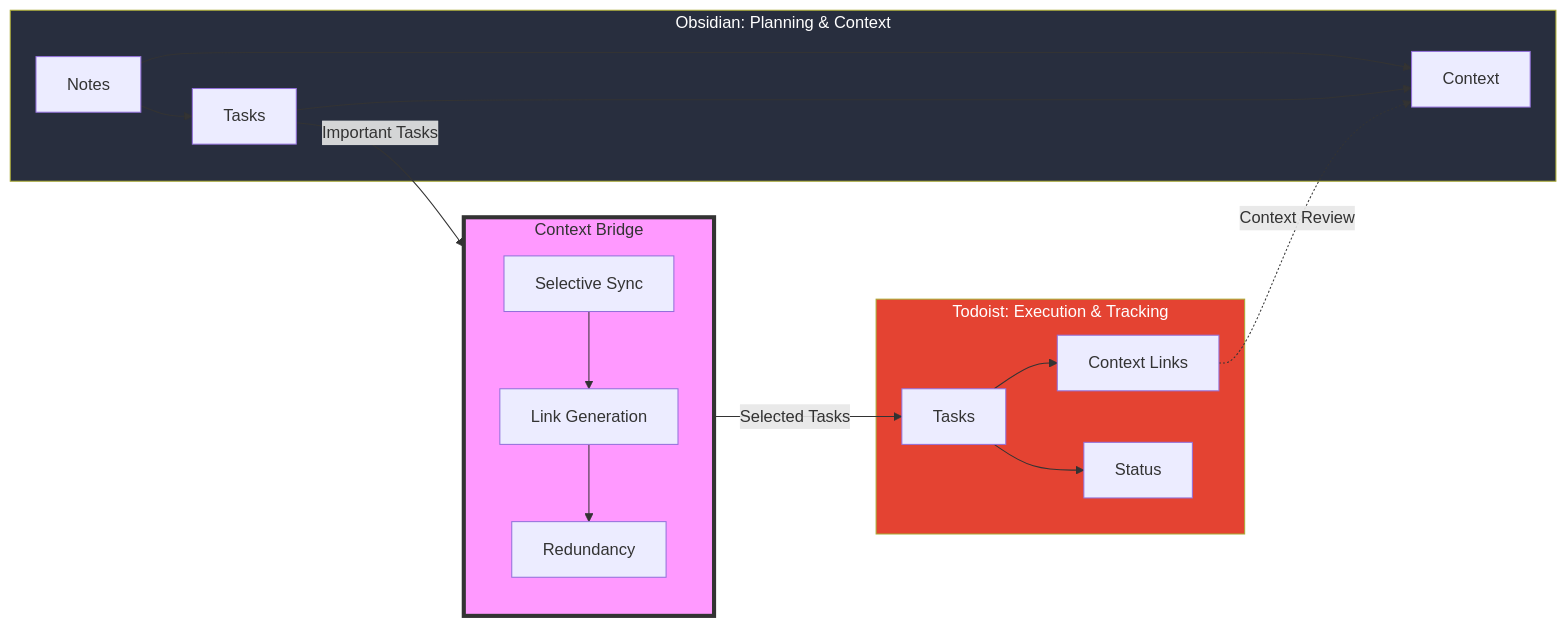
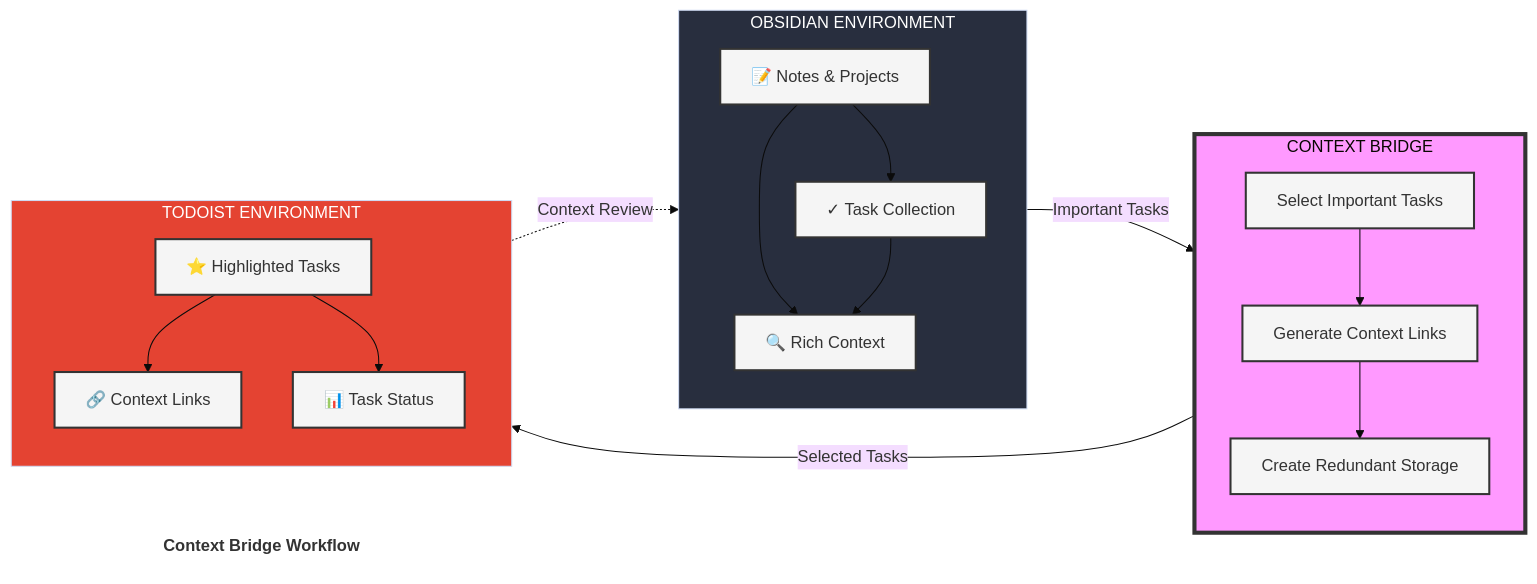
Before and after one commit to wenlzhang/obsidian-todoist-context-bridge: the diagram in README.md, drawn with Mermaid.

````diff
--- a/README.md
+++ b/README.md
@@ -100,36 +100,51 @@
 ```mermaid
+%%{init: {'theme': 'base', 'themeVariables': { 'fontSize': '16px', 'fontFamily': 'arial' }}}%%
 graph LR
-    subgraph Obsidian[Obsidian: Planning & Context]
-        N[Notes]
-        T[Tasks]
-        C[Context]
-        N --> T
-        N --> C
-        T --> C
+    classDef systemLabel fill:none,stroke:none,color:#666,font-style:italic,font-size:14px
+    classDef bigLabel fill:none,stroke:none,color:#333,font-size:16px,font-weight:bold
+    classDef boxStyle fill:#f5f5f5,stroke:#333,stroke-width:2px
+    
+    Title[Context Bridge Workflow]
+    class Title bigLabel
+
+    subgraph Obsidian["OBSIDIAN ENVIRONMENT"]
+        direction TB
+        Notes["📝 Notes & Projects"]
+        Tasks["✓ Task Collection"]
+        Context["🔍 Rich Context"]
+        Notes --> Tasks
+        Notes --> Context
+        Tasks --> Context
     end
+    class Obsidian systemLabel
 
-    subgraph Bridge[Context Bridge]
+    subgraph Bridge["CONTEXT BRIDGE"]
         direction TB
-        S[Selective Sync]
-        L[Link Generation]
-        R[Redundancy]
-        S --> L
-        L --> R
+        Select["Select Important Tasks"]
+        Link["Generate Context Links"]
+        Store["Create Redundant Storage"]
+        Select --> Link
+        Link --> Store
     end
+    class Bridge systemLabel
 
-    subgraph Todoist[Todoist: Execution & Tracking]
-        TT[Tasks]
-        TC[Context Links]
-        TS[Status]
-        TT --> TC
-        TT --> TS
+    subgraph Todoist["TODOIST ENVIRONMENT"]
+        direction TB
+        TTasks["⭐ Highlighted Tasks"]
+        TContext["🔗 Context Links"]
+        TStatus["📊 Task Status"]
+        TTasks --> TContext
+        TTasks --> TStatus
     end
+    class Todoist systemLabel
 
-    T -->|Important Tasks| Bridge
-    Bridge -->|Selected Tasks| TT
-    TC -.->|Context Review| C
+    Tasks -->|"Important Tasks"| Bridge
+    Bridge -->|"Selected Tasks"| TTasks
+    TContext -.->|"Context Review"| Context
+
+    class Notes,Tasks,Context,Select,Link,Store,TTasks,TContext,TStatus boxStyle
 
     style Bridge fill:#f9f,stroke:#333,stroke-width:4px
     style Obsidian fill:#282e3e,color:#fff
     style Todoist fill:#e44332,color:#fff
 ```
````
